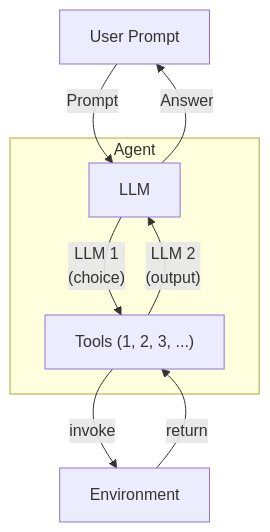
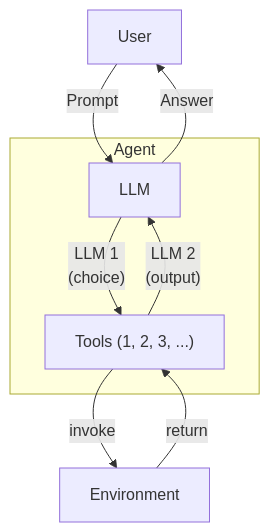
The diagram in pages/ai-agents/slide-etapa5.md (jcguimaraesnet/course-intelligent-agents), drawn with Mermaid before and after one commit. The commit also changed other lines of this file, not shown here.

Commit message:
fix: improve clarity in tool calling section and adjust flowchart labels

````diff
--- a/pages/ai-agents/slide-etapa5.md
+++ b/pages/ai-agents/slide-etapa5.md
@@ -40,15 +47,15 @@
 ```mermaid {theme: 'dark'}
 flowchart TD
-Task["User Prompt"]
+Task["User"]
 subgraph Agent
   LLM["LLM"]
   Tools["Tools (1, 2, 3, ...)"]
 end
 Env["Environment"]
 Task -->|Prompt| LLM
 LLM -->|Answer| Task
 LLM -->|"LLM 1<br/>(choice)"| Tools
 Tools -->|"LLM 2<br/>(output)"| LLM
 Tools -->|invoke| Env
 Env -->|return| Tools
 ```
````
